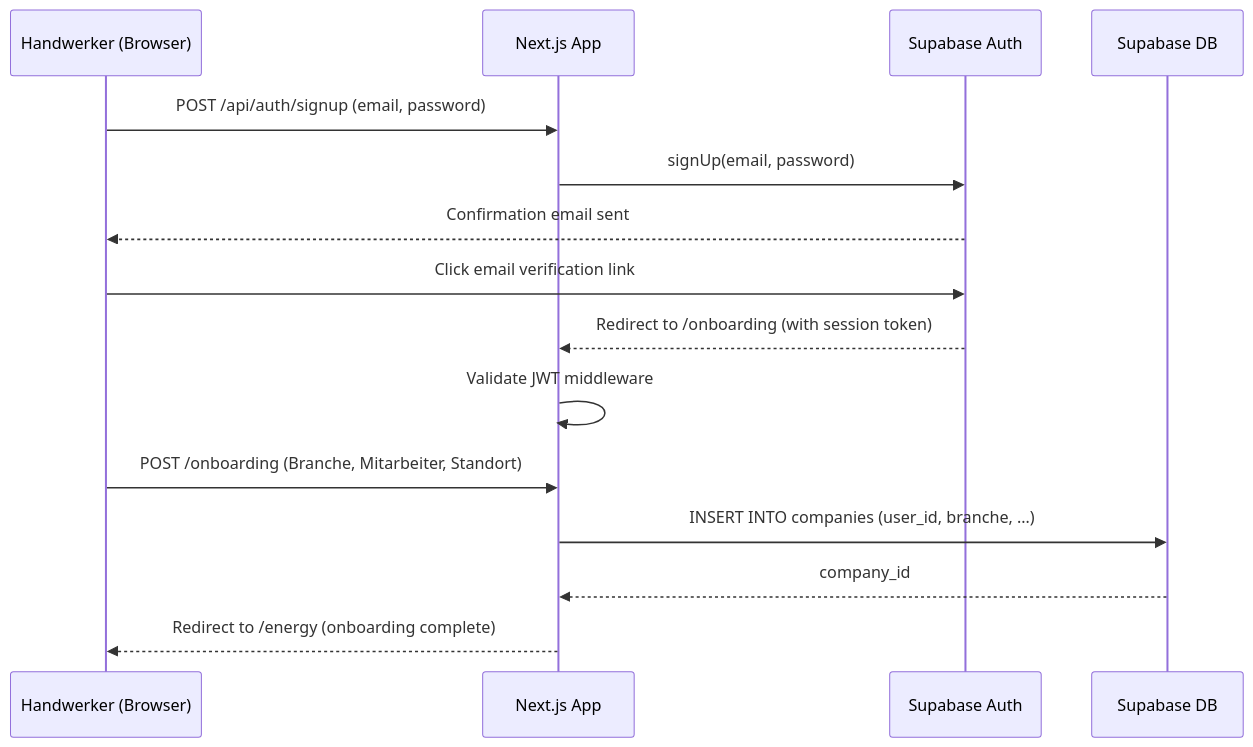
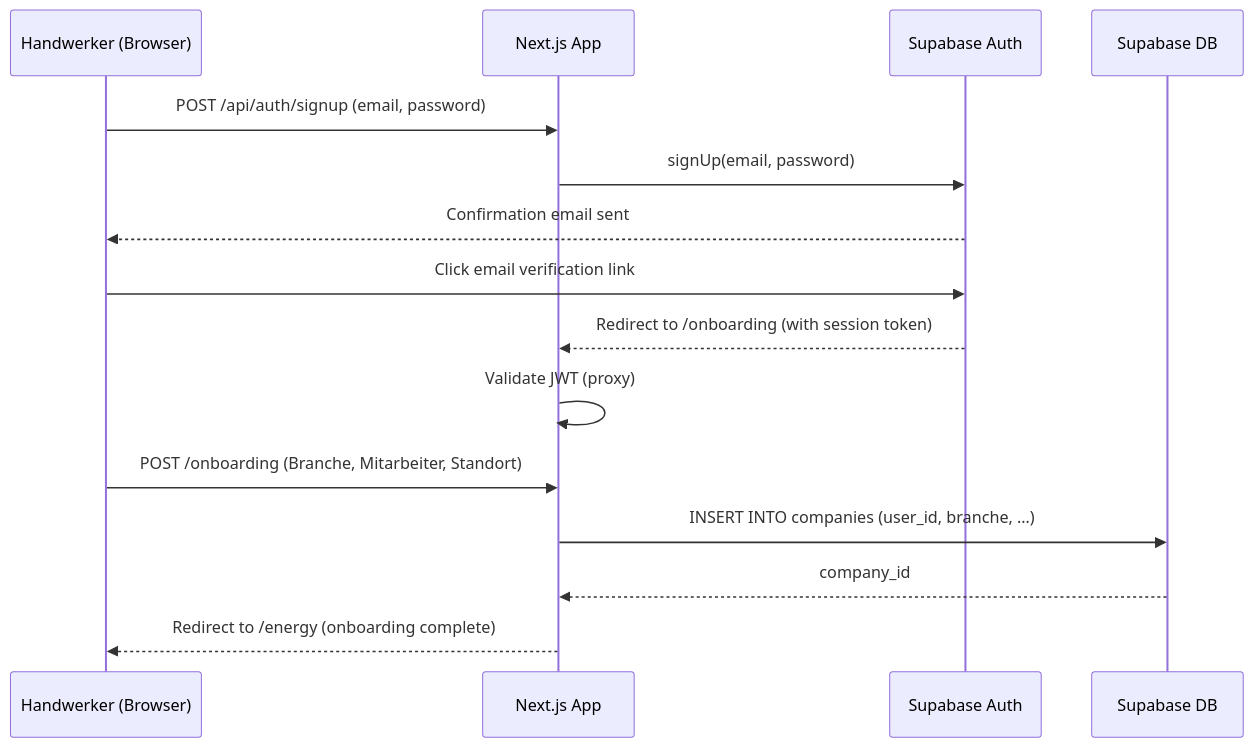
The fourth of 8 diagrams in docs/architecture.md (StanislavMakhrov/application), drawn with Mermaid before and after one commit. The commit also changed other lines of this file and 3 other files, not shown here.

````diff
--- a/docs/architecture.md
+++ b/docs/architecture.md
@@ -280,18 +280,18 @@
 ```mermaid
 sequenceDiagram
     participant U as Handwerker (Browser)
     participant W as Next.js App
     participant A as Supabase Auth
     participant DB as Supabase DB
 
     U->>W: POST /api/auth/signup (email, password)
     W->>A: signUp(email, password)
     A-->>U: Confirmation email sent
     U->>A: Click email verification link
     A-->>W: Redirect to /onboarding (with session token)
-    W->>W: Validate JWT middleware
+    W->>W: Validate JWT (proxy)
     U->>W: POST /onboarding (Branche, Mitarbeiter, Standort)
     W->>DB: INSERT INTO companies (user_id, branche, …)
     DB-->>W: company_id
     W-->>U: Redirect to /energy (onboarding complete)
 ```
````
